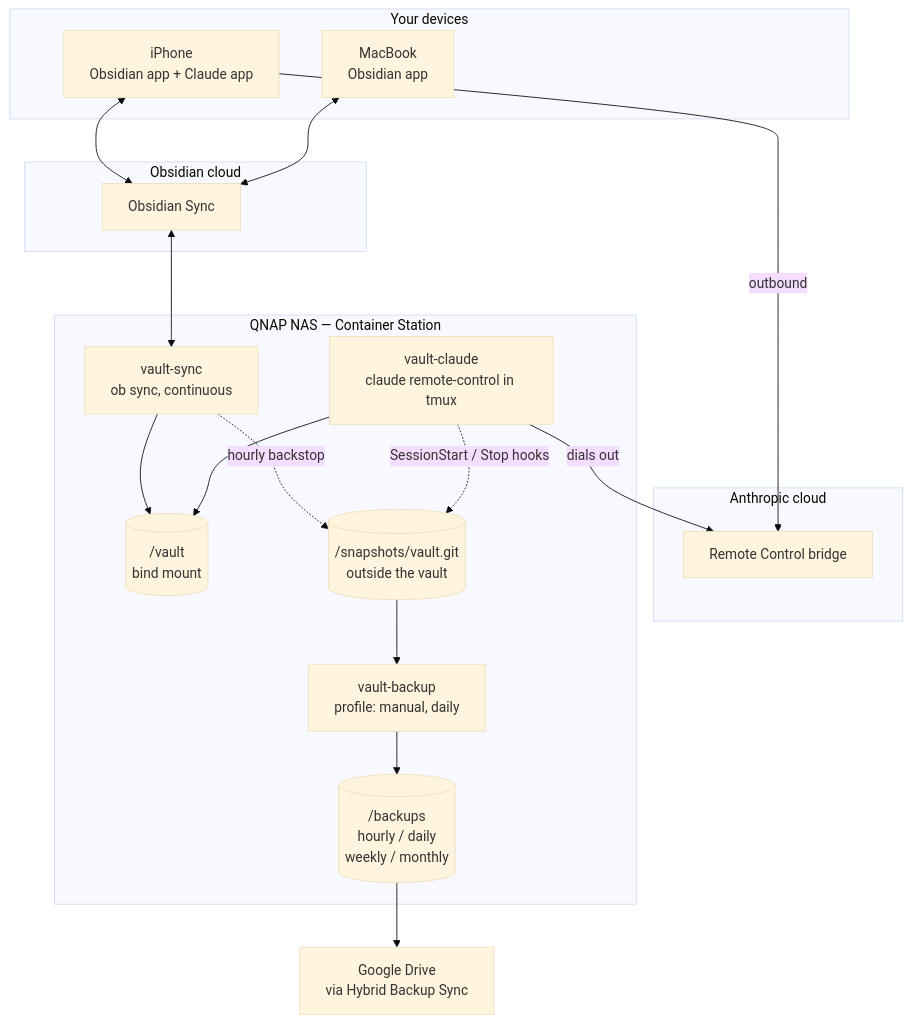
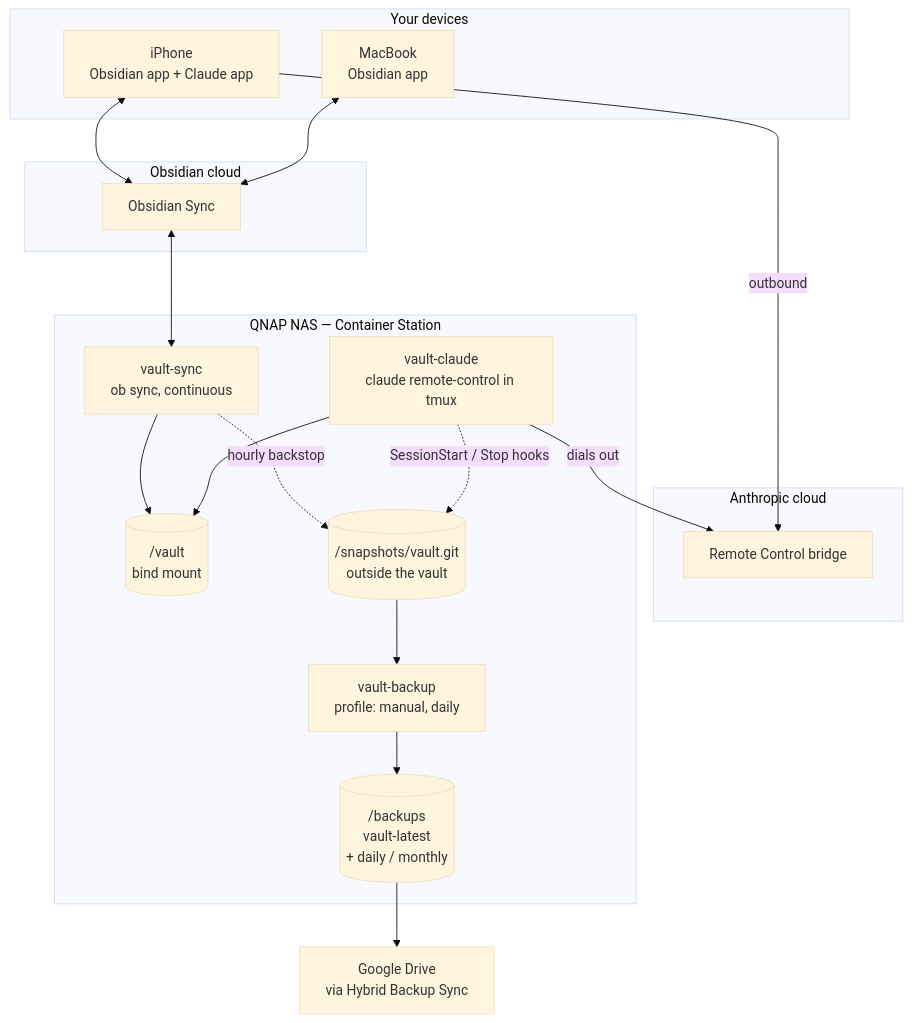
One commit to ky1ejs/homelab changed the first of 6 diagrams in obsidian-vault/INITIAL_PLAN.md. Above: the diagram before and after it, drawn with Mermaid (base theme). The commit also changed other lines of this file and 4 other files, not shown here.

````diff
--- a/obsidian-vault/INITIAL_PLAN.md
+++ b/obsidian-vault/INITIAL_PLAN.md
@@ -46,39 +46,39 @@
 ```mermaid
 flowchart TB
     subgraph clients["Your devices"]
         mac["MacBook<br/>Obsidian app"]
         iphone["iPhone<br/>Obsidian app + Claude app"]
     end
 
     subgraph anth["Anthropic cloud"]
         bridge["Remote Control bridge"]
     end
 
     subgraph obsc["Obsidian cloud"]
         syncsvc["Obsidian Sync"]
     end
 
     subgraph nas["QNAP NAS — Container Station"]
         agent["vault-claude<br/>claude remote-control in tmux"]
         sync["vault-sync<br/>ob sync, continuous"]
         bkp["vault-backup<br/>profile: manual, daily"]
         vault[("/vault<br/>bind mount")]
         snap[("/snapshots/vault.git<br/>outside the vault")]
-        bundles[("/backups<br/>hourly / daily<br/>weekly / monthly")]
+        bundles[("/backups<br/>vault-latest<br/>+ daily / monthly")]
     end
 
     gdrive["Google Drive<br/>via Hybrid Backup Sync"]
 
     iphone -->|outbound| bridge
     agent -->|dials out| bridge
     mac <--> syncsvc
     iphone <--> syncsvc
     syncsvc <--> sync
     agent --> vault
     sync --> vault
     agent -.->|"SessionStart / Stop hooks"| snap
     sync -.->|hourly backstop| snap
     snap --> bkp
     bkp --> bundles
     bundles --> gdrive
 ```
````
